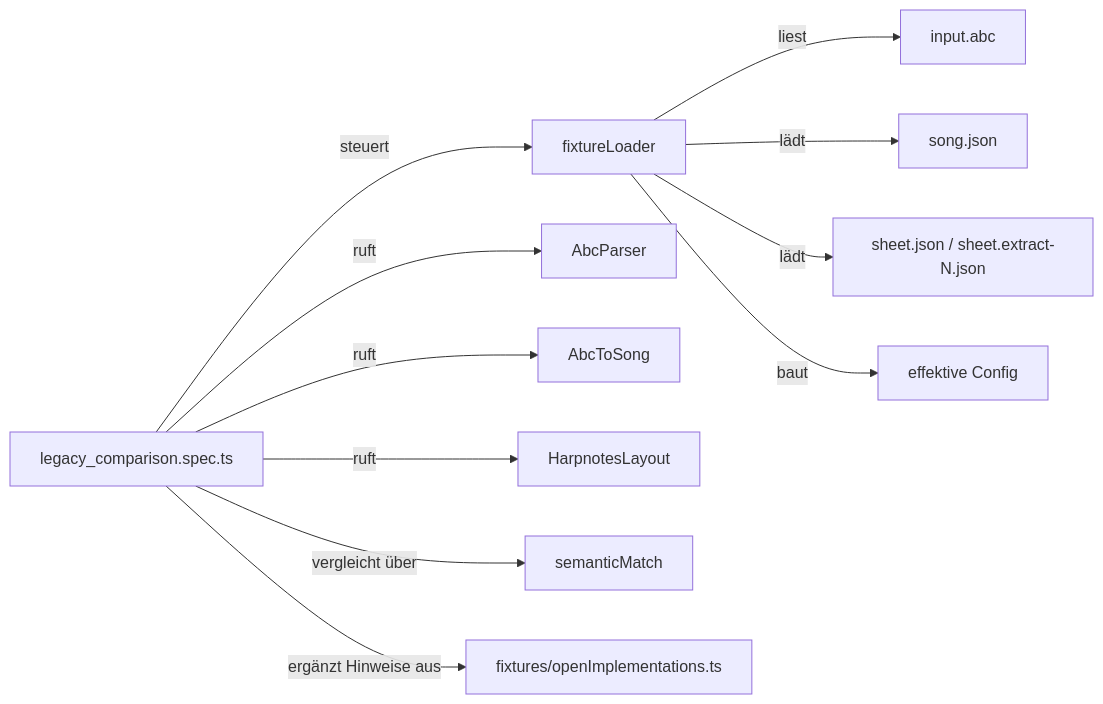
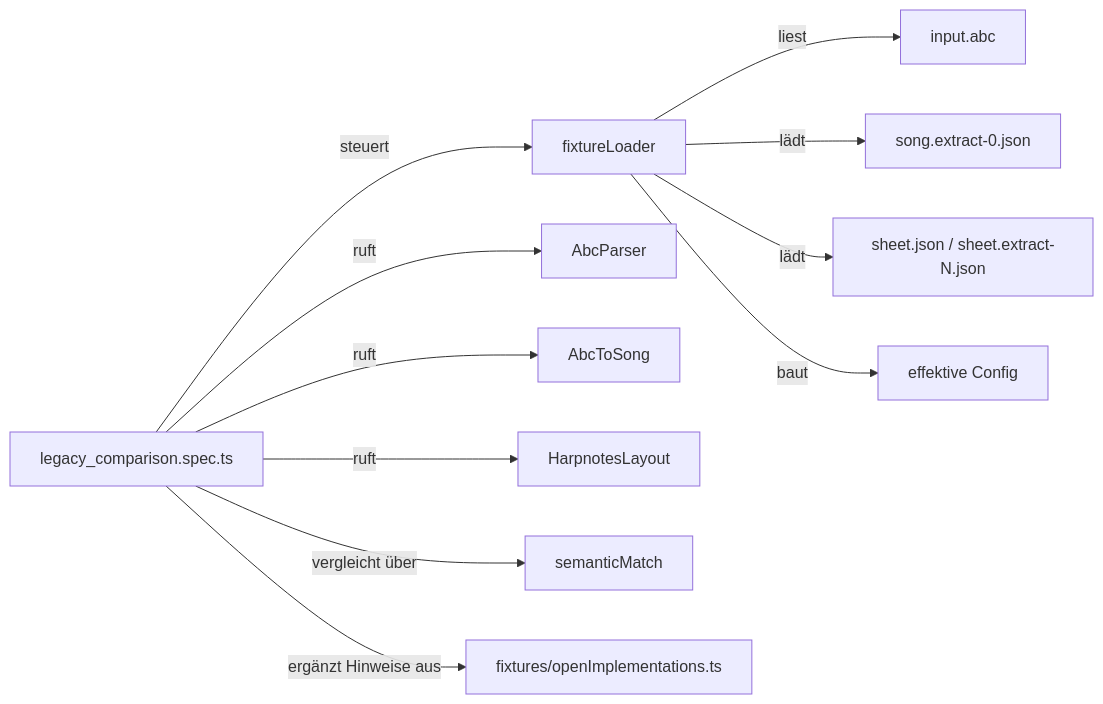
One commit to bwl21/zupfnoter-ts changed the fourth of 4 diagrams in docs/testing/fixture-driven-testing.md. Above: the diagram before and after it, drawn with Mermaid. The commit also changed other lines of this file and 43 other files, not shown here.

First line of the commit message:
test: switch song fixtures to extract-0 references

````diff
--- a/docs/testing/fixture-driven-testing.md
+++ b/docs/testing/fixture-driven-testing.md
@@ -151,13 +151,13 @@
 ```mermaid
 flowchart LR
   A[fixtureLoader] -->|liest| B[input.abc]
-  A -->|lädt| C[song.json]
+  A -->|lädt| C[song.extract-0.json]
   A -->|lädt| D[sheet.json / sheet.extract-N.json]
   A -->|baut| E[effektive Config]
   F[legacy_comparison.spec.ts] -->|steuert| A
   F -->|ruft| G[AbcParser]
   F -->|ruft| H[AbcToSong]
   F -->|ruft| I[HarpnotesLayout]
   F -->|vergleicht über| J[semanticMatch]
   F -->|ergänzt Hinweise aus| K[fixtures/openImplementations.ts]
 ```
````
